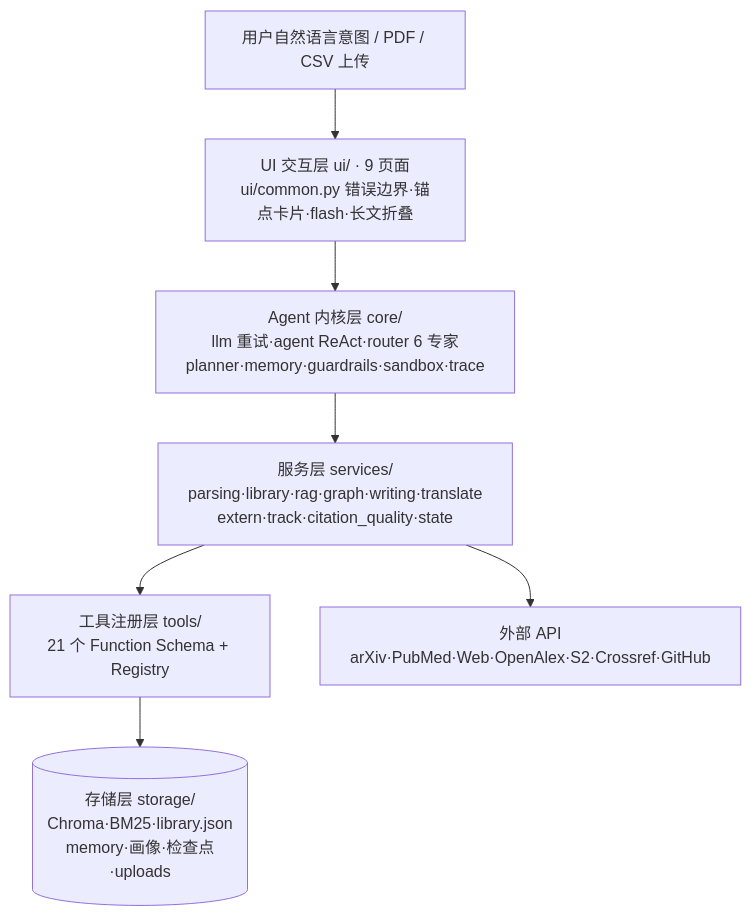
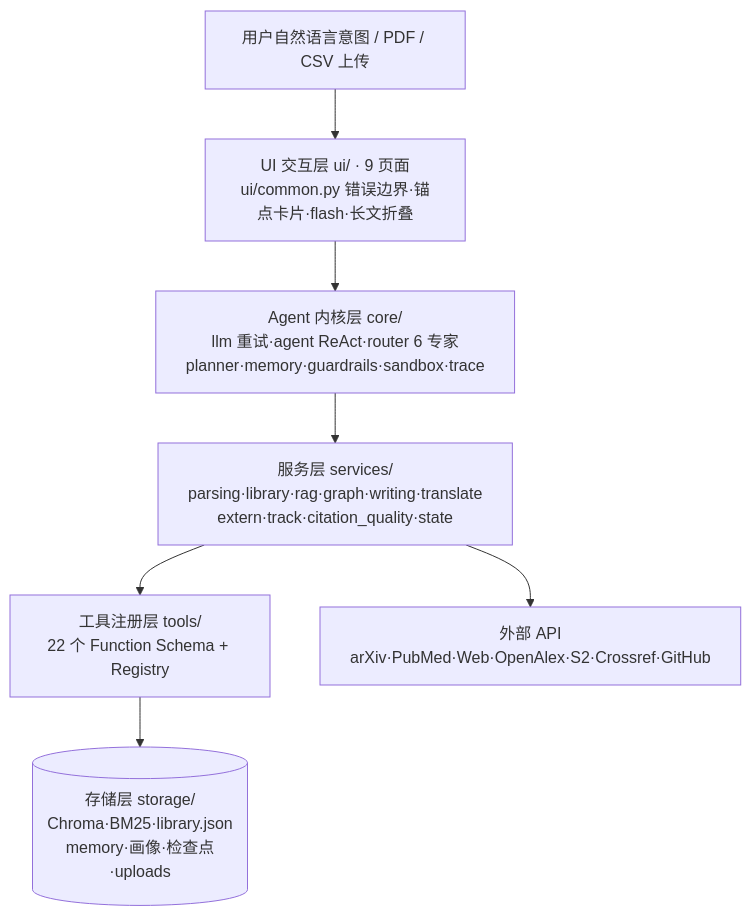
Before and after one commit to Through1n/ai_research_agent: the first of 5 diagrams in docs/technical_doc.md, drawn with Mermaid. The commit also changed other lines of this file and 27 other files, not shown here.

First line of the commit message:
docs: 量化口径全量纠偏 + 7 张截图重拍 + 技术文档重生成

````diff
--- a/docs/technical_doc.md
+++ b/docs/technical_doc.md
@@ -151,10 +151,10 @@
 ```mermaid
 flowchart TD
     U[用户自然语言意图 / PDF / CSV 上传] --> UI
     UI["UI 交互层 ui/ · 9 页面<br/>ui/common.py 错误边界·锚点卡片·flash·长文折叠"] --> CORE
     CORE["Agent 内核层 core/<br/>llm 重试·agent ReAct·router 6 专家<br/>planner·memory·guardrails·sandbox·trace"] --> SVC
     SVC["服务层 services/<br/>parsing·library·rag·graph·writing·translate<br/>extern·track·citation_quality·state"] --> TOOL
-    TOOL["工具注册层 tools/<br/>21 个 Function Schema + Registry"] --> STO
+    TOOL["工具注册层 tools/<br/>22 个 Function Schema + Registry"] --> STO
     STO[("存储层 storage/<br/>Chroma·BM25·library.json<br/>memory·画像·检查点·uploads")]
     SVC --> EXT[外部 API<br/>arXiv·PubMed·Web·OpenAlex·S2·Crossref·GitHub]
 ```
````
